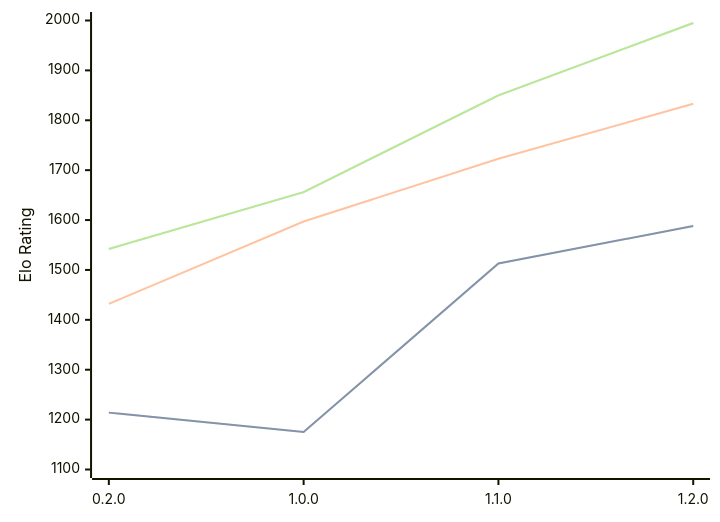
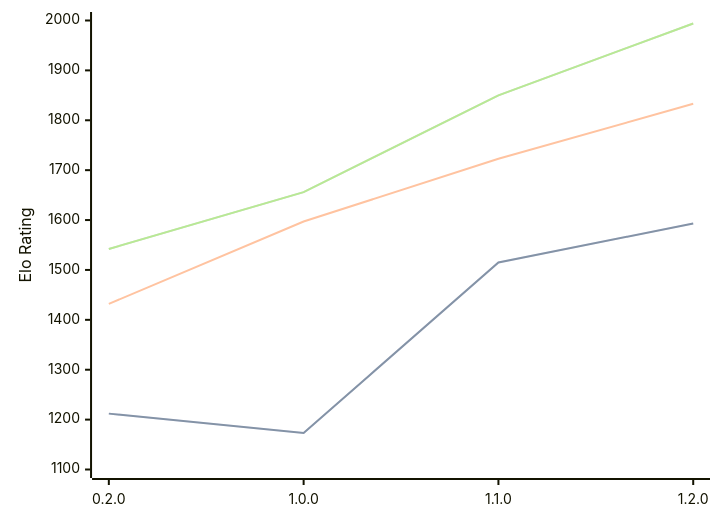
One commit to computer-chess-index/cci changed the diagram in engines/Zeppelin.md. Above: the diagram before and after it, drawn with Mermaid. The commit also changed other lines of this file, not shown here.

Commit message:
Update CCI Ratings (ELO VLTC) - 2026-02-26

````diff
--- a/engines/Zeppelin.md
+++ b/engines/Zeppelin.md
@@ -34,11 +34,11 @@
 ```mermaid
 %%{init: {"theme":"base","themeVariables":{"seriesColors:['#a3a3a3','#222221','#faa371']}}}%%
 xychart-beta
   x-axis ["0.2.0", "1.0.0", "1.1.0", "1.2.0"]
   y-axis "Elo Rating" 1100 --> 2000
-  line "STC (8.0+0.08s)" [1214, 1175, 1513, 1588]
-  line "STC (8.0+0.08s)" [1214, 1175, 1513, 1588]
+  line "STC (8.0+0.08s)" [1212, 1173, 1515, 1593]
+  line "STC (8.0+0.08s)" [1212, 1173, 1515, 1593]
   line "LTC (60.0+0.60s)" [1432, 1597, 1723, 1833]
-  line "VLTC (2m24s+1.12s)" [1542, 1656, 1850, 1995]
-  line "VLTC (2m24s+1.12s)" [1542, 1656, 1850, 1995]
+  line "VLTC (2m24s+1.12s)" [1542, 1656, 1850, 1994]
+  line "VLTC (2m24s+1.12s)" [1542, 1656, 1850, 1994]
 ```
````
